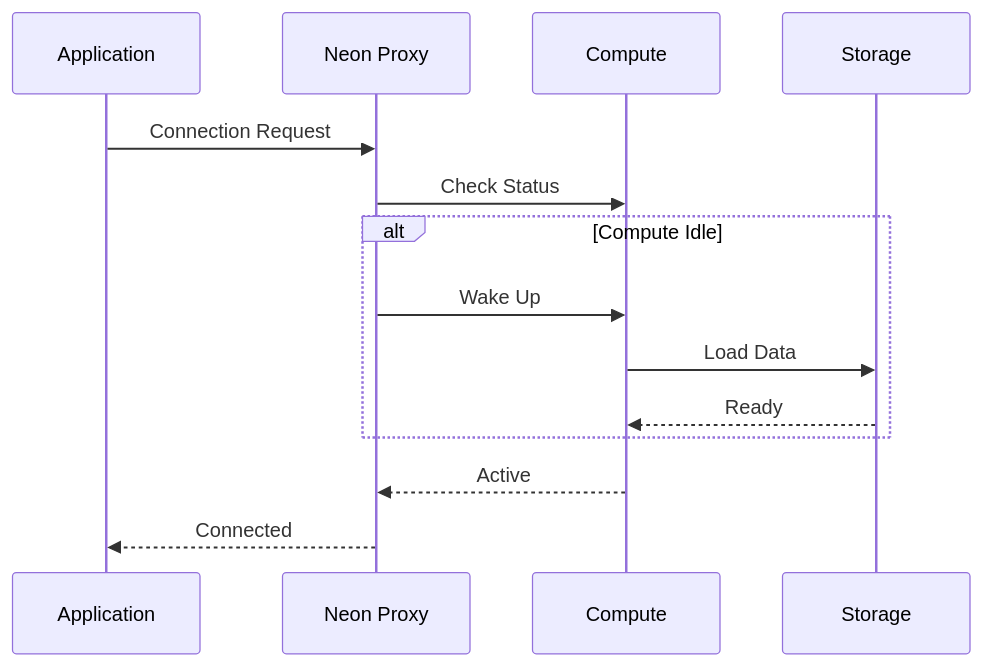
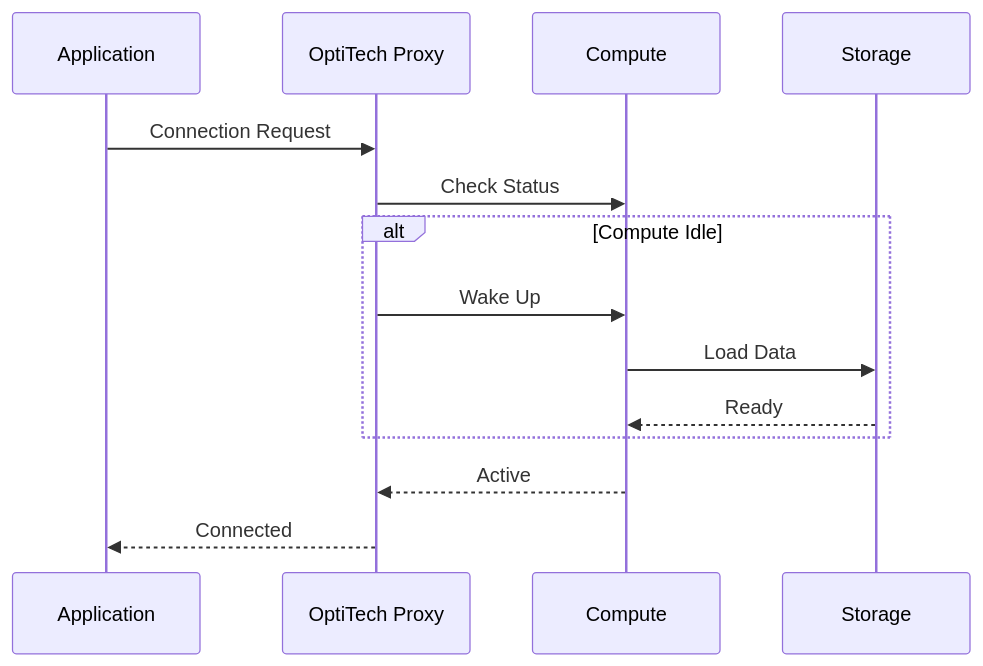
The fifth of 8 diagrams in content/docs/community/mermaid-diagrams.md (prakto-org/optitech-hemsida), drawn with Mermaid before and after one commit. The commit also changed other lines of this file and 2084 other files, not shown here.

First line of the commit message:
feat: rebrand Neon site to OptiTech

````diff
--- a/content/docs/community/mermaid-diagrams.md
+++ b/content/docs/community/mermaid-diagrams.md
@@ -476,19 +476,19 @@
 ```mermaid
 sequenceDiagram
     participant App as Application
-    participant Proxy as Neon Proxy
+    participant Proxy as OptiTech Proxy
     participant Compute as Compute
     participant Storage as Storage
 
     App->>Proxy: Connection Request
     Proxy->>Compute: Check Status
 
     alt Compute Idle
         Proxy->>Compute: Wake Up
         Compute->>Storage: Load Data
         Storage-->>Compute: Ready
     end
 
     Compute-->>Proxy: Active
     Proxy-->>App: Connected
 ```
````
